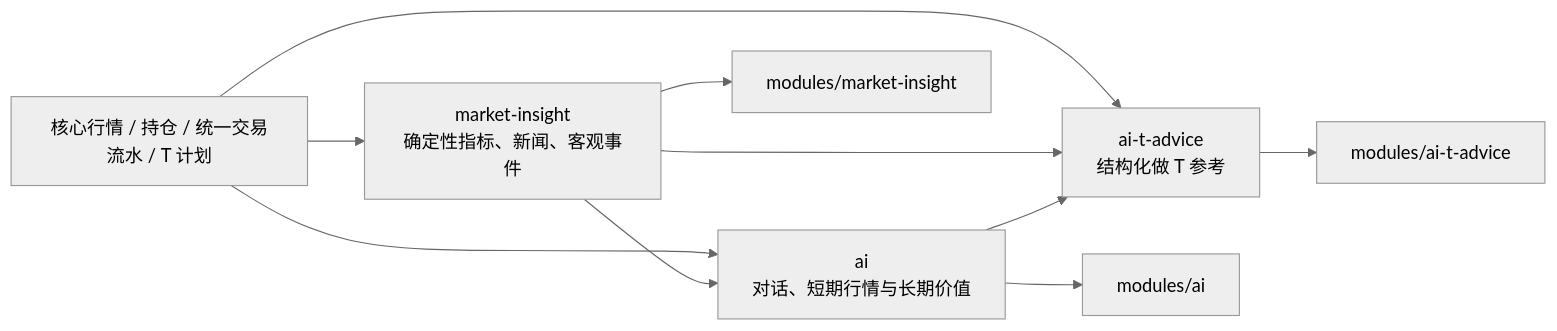
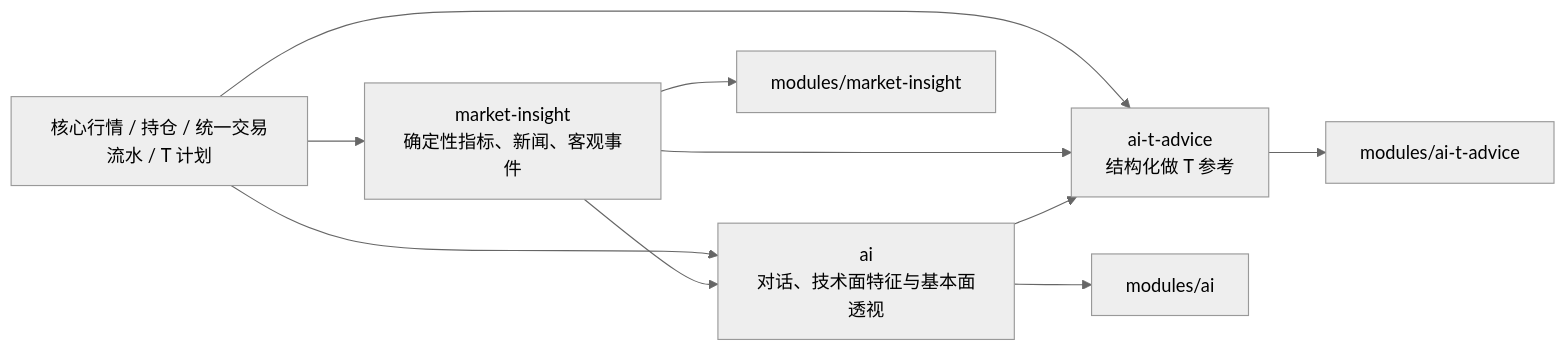
The first of 2 diagrams in docs/wiki/08-ai-extension-points.md (SingleOne/JianZhang), drawn with Mermaid (neutral theme) before and after one commit. The commit also changed other lines of this file and 20 other files, not shown here.

````diff
--- a/docs/wiki/08-ai-extension-points.md
+++ b/docs/wiki/08-ai-extension-points.md
@@ -9,12 +9,12 @@
 ```mermaid
 flowchart LR
     CORE["核心行情 / 持仓 / 统一交易流水 / T 计划"] --> INSIGHT["market-insight<br/>确定性指标、新闻、客观事件"]
-    CORE --> AI["ai<br/>对话、短期行情与长期价值"]
+    CORE --> AI["ai<br/>对话、技术面特征与基本面透视"]
     INSIGHT --> AI
     CORE --> TAI["ai-t-advice<br/>结构化做 T 参考"]
     INSIGHT --> TAI
     AI --> TAI
     AI --> AISTORE["modules/ai"]
     INSIGHT --> ISTORE["modules/market-insight"]
     TAI --> TSTORE["modules/ai-t-advice"]
 ```
````
